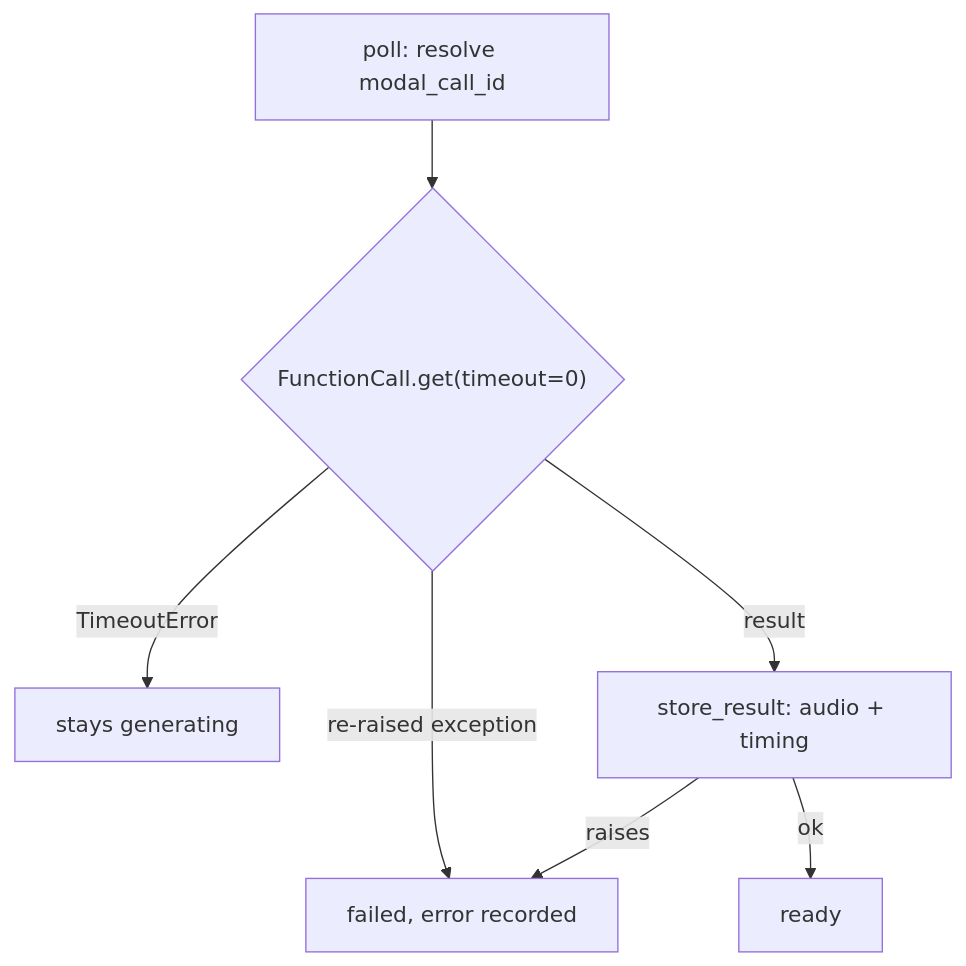
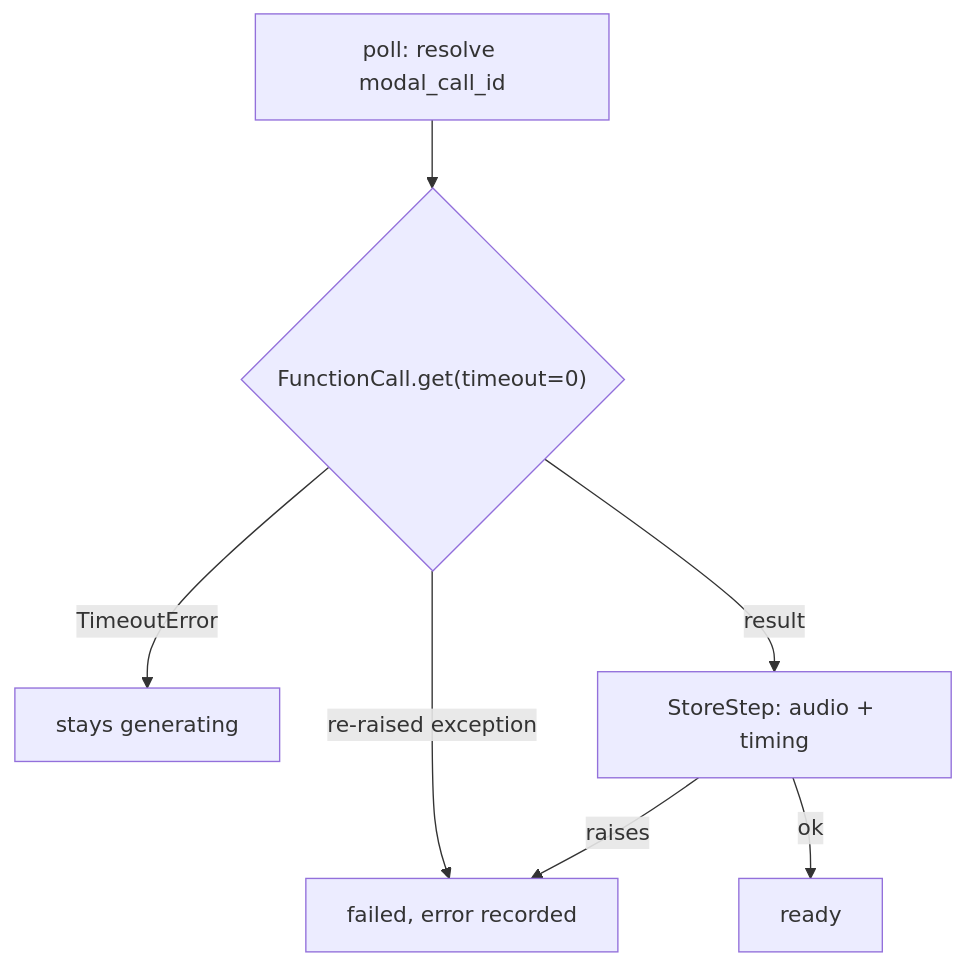
One commit to asermax/nagara changed the second of 3 diagrams in docs/technical-design/item-lifecycle.md. Above: the diagram before and after it, drawn with Mermaid. The commit also changed other lines of this file and 1 other file, not shown here.

First line of the commit message:
docs(item-lifecycle): document the step pipeline and per-step persistence

````diff
--- a/docs/technical-design/item-lifecycle.md
+++ b/docs/technical-design/item-lifecycle.md
@@ -55,9 +55,9 @@
 ```mermaid
 flowchart TD
     P["poll: resolve modal_call_id"] --> R{"FunctionCall.get(timeout=0)"}
     R -->|TimeoutError| G["stays generating"]
     R -->|re-raised exception| F["failed, error recorded"]
-    R -->|result| S["store_result: audio + timing"]
+    R -->|result| S["StoreStep: audio + timing"]
     S -->|ok| Y["ready"]
     S -->|raises| F
 ```
````
